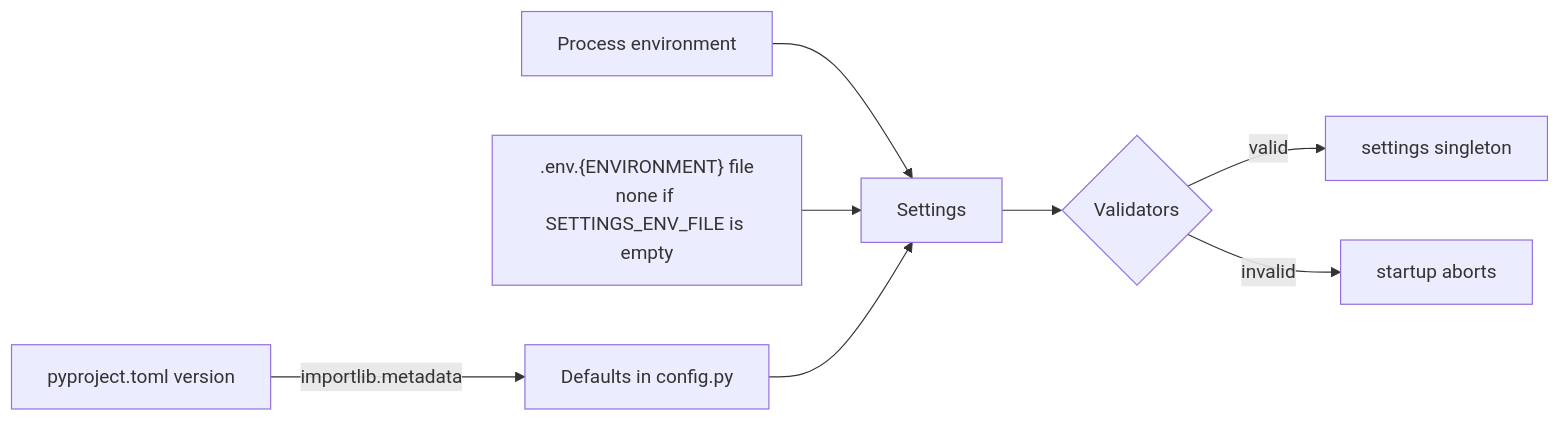
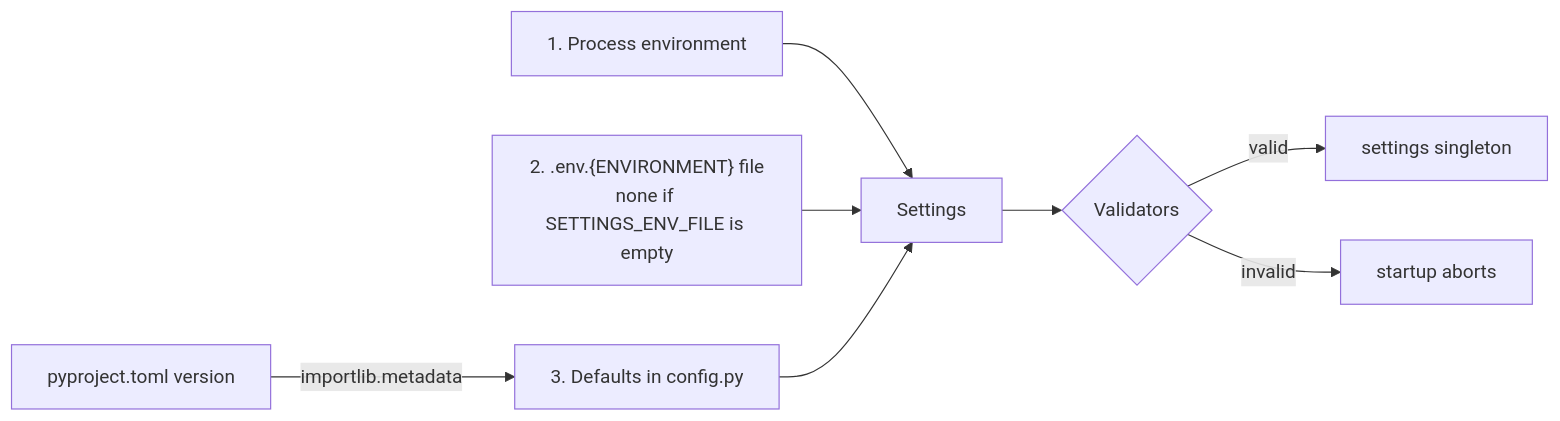
One commit to aJustDev/fastapi-boilerplate changed the diagram in docs/configuration.md. Above: the diagram before and after it, drawn with Mermaid. The commit also changed 1 other file, not shown here.

Commit message:
docs: number the settings precedence and drop a redundant CI diagram

````diff
--- a/docs/configuration.md
+++ b/docs/configuration.md
@@ -11,10 +11,10 @@
 ```mermaid
 flowchart LR
-    E[Process environment] --> S[Settings]
-    F[".env.{ENVIRONMENT} file<br/>none if SETTINGS_ENV_FILE is empty"] --> S
-    D[Defaults in config.py] --> S
+    E["1. Process environment"] --> S[Settings]
+    F["2. .env.{ENVIRONMENT} file<br/>none if SETTINGS_ENV_FILE is empty"] --> S
+    D["3. Defaults in config.py"] --> S
     P[pyproject.toml version] -->|importlib.metadata| D
     S --> V{Validators}
     V -->|valid| R[settings singleton]
     V -->|invalid| X[startup aborts]
 ```
````
